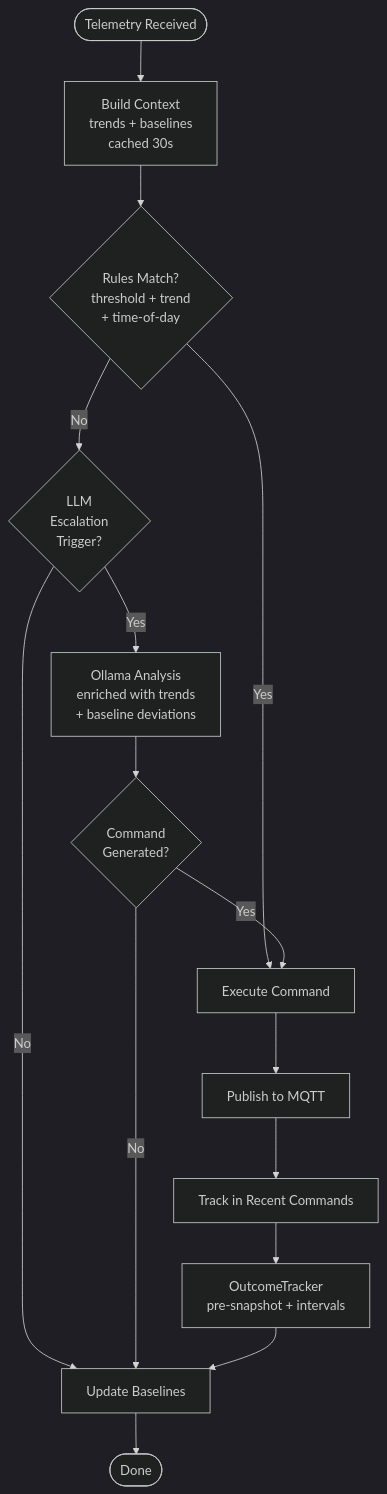
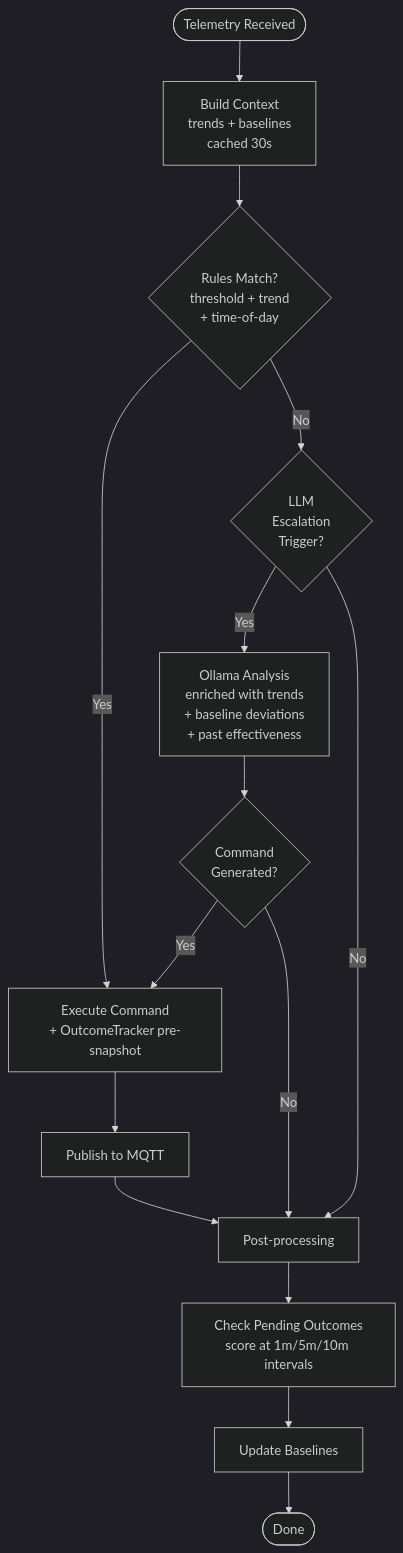
One commit to curtisblanchette/my-esp32-project changed the seventh of 8 diagrams in README.md. Above: the diagram before and after it, drawn with Mermaid (dark theme). The commit also changed other lines of this file, not shown here.

First line of the commit message:
docs: fix README diagrams for accuracy and rename orchestrator to prefrontal

````diff
--- a/README.md
+++ b/README.md
@@ -559,17 +564,17 @@
 ```mermaid
 flowchart TB
     Start([Telemetry Received]) --> Context[Build Context<br/>trends + baselines<br/>cached 30s]
     Context --> Rules{Rules Match?<br/>threshold + trend<br/>+ time-of-day}
-    Rules -->|Yes| Execute[Execute Command]
+    Rules -->|Yes| Execute[Execute Command<br/>+ OutcomeTracker pre-snapshot]
     Rules -->|No| Escalate{LLM<br/>Escalation<br/>Trigger?}
-    Escalate -->|No| Baseline[Update Baselines]
-    Escalate -->|Yes| LLM[Ollama Analysis<br/>enriched with trends<br/>+ baseline deviations]
+    Escalate -->|Yes| LLM[Ollama Analysis<br/>enriched with trends<br/>+ baseline deviations<br/>+ past effectiveness]
+    Escalate -->|No| Post[Post-processing]
     LLM --> Decision{Command<br/>Generated?}
     Decision -->|Yes| Execute
-    Decision -->|No| Baseline
+    Decision -->|No| Post
     Execute --> Publish[Publish to MQTT]
-    Publish --> Track[Track in Recent Commands]
-    Track --> Outcome[OutcomeTracker<br/>pre-snapshot + intervals]
-    Outcome --> Baseline
+    Publish --> Post
+    Post --> Outcomes[Check Pending Outcomes<br/>score at 1m/5m/10m intervals]
+    Outcomes --> Baseline[Update Baselines]
     Baseline --> End([Done])
 ```
````
